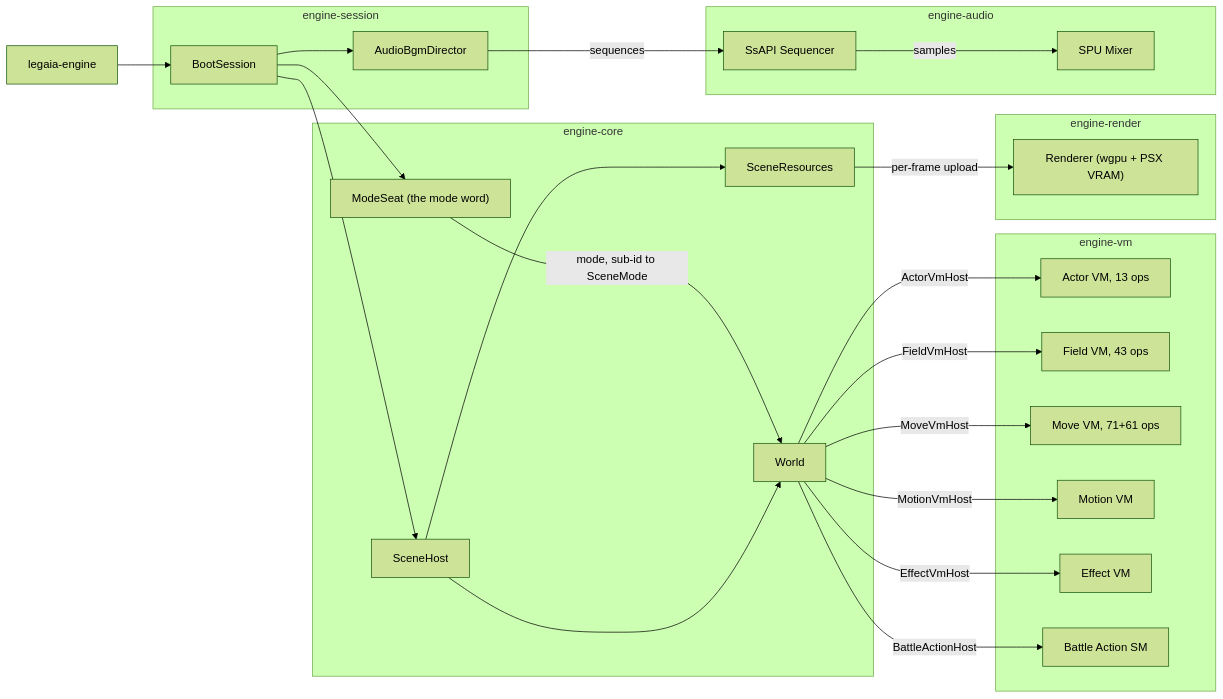
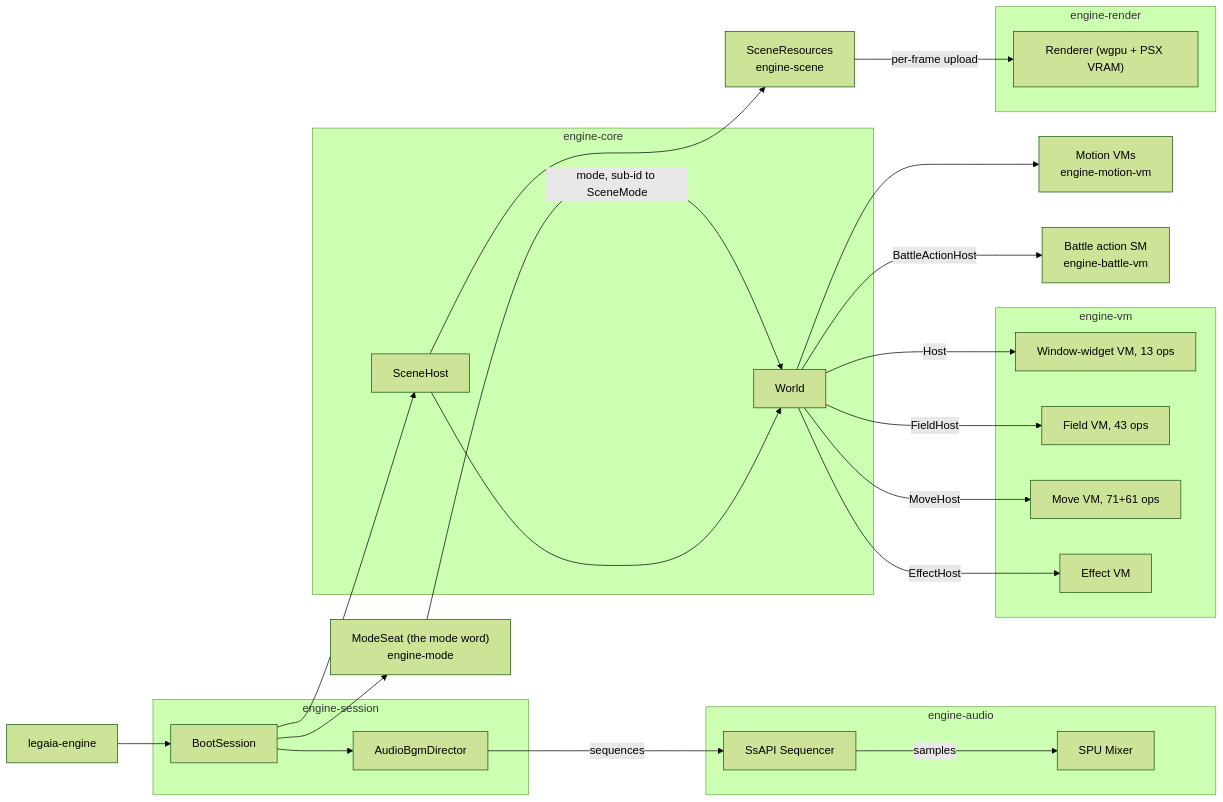
The fourth of 4 diagrams in docs/subsystems/engine.md (AndrewAltimit/legend-of-legaia-re), drawn with Mermaid (forest theme) before and after one commit. The commit also changed other lines of this file and 3 other files, not shown here.

Commit message:
Bring the overview, README and engine page in line with the crate graph

````diff
--- a/docs/subsystems/engine.md
+++ b/docs/subsystems/engine.md
@@ -339,51 +339,53 @@
 ```mermaid
 graph LR
     BIN["legaia-engine"]
 
     subgraph session ["engine-session"]
         BS["BootSession"]
         BGM["AudioBgmDirector"]
     end
 
     subgraph core ["engine-core"]
-        MD["ModeSeat (the mode word)"]
         SH["SceneHost"]
         W["World"]
-        SR["SceneResources"]
     end
 
+    MD["ModeSeat (the mode word)<br/>engine-mode"]
+    SR["SceneResources<br/>engine-scene"]
+
     subgraph vm ["engine-vm"]
-        AVM["Actor VM, 13 ops"]
+        AVM["Window-widget VM, 13 ops"]
         FVM["Field VM, 43 ops"]
         MVM["Move VM, 71+61 ops"]
-        MotVM["Motion VM"]
         EVM["Effect VM"]
-        BSM["Battle Action SM"]
     end
+
+    MotVM["Motion VMs<br/>engine-motion-vm"]
+    BSM["Battle action SM<br/>engine-battle-vm"]
 
     subgraph ren ["engine-render"]
         REN["Renderer (wgpu + PSX VRAM)"]
     end
 
     subgraph au ["engine-audio"]
         SEQ["SsAPI Sequencer"]
         SPU["SPU Mixer"]
     end
 
     BIN --> BS
     BS --> MD
     BS --> BGM
     BS --> SH
     MD -->|"mode, sub-id to SceneMode"| W
     SH --> W
     SH --> SR
-    W -->|ActorVmHost| AVM
-    W -->|FieldVmHost| FVM
-    W -->|MoveVmHost| MVM
-    W -->|MotionVmHost| MotVM
-    W -->|EffectVmHost| EVM
+    W -->|Host| AVM
+    W -->|FieldHost| FVM
+    W -->|MoveHost| MVM
+    W --> MotVM
+    W -->|EffectHost| EVM
     W -->|BattleActionHost| BSM
     SR -->|"per-frame upload"| REN
     BGM -->|sequences| SEQ
     SEQ -->|samples| SPU
 ```
````
